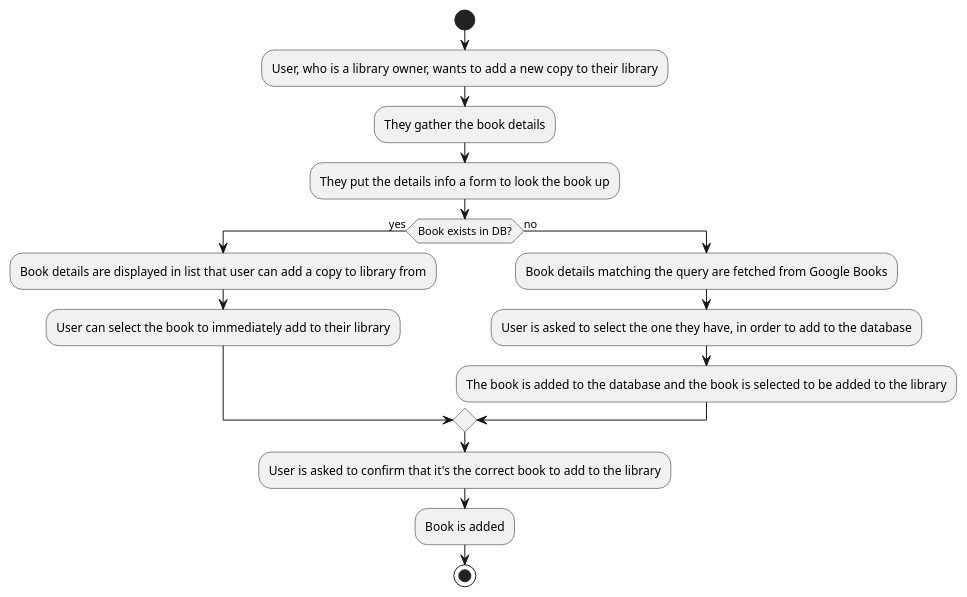
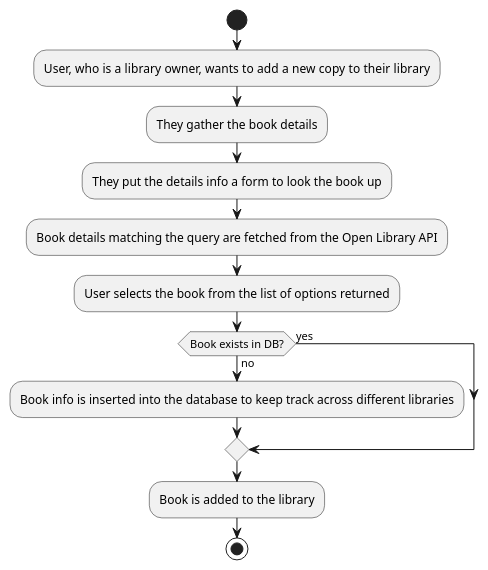
Before and after one commit to coyotiv-sose/graduation-project-mai-soup: the diagram in architecture/adding-a-book.puml, drawn with PlantUML.

Commit message:
update uml diagram for adding book

```diff
--- a/architecture/adding-a-book.puml
+++ b/architecture/adding-a-book.puml
@@ -1,17 +1,14 @@
 @startuml Adding a book
 start
 :User, who is a library owner, wants to add a new copy to their library;
 :They gather the book details;
 :They put the details info a form to look the book up;
+:Book details matching the query are fetched from the Open Library API;
+:User selects the book from the list of options returned;
 if (Book exists in DB?) then (yes)
-  :Book details are displayed in list that user can add a copy to library from;
-  :User can select the book to immediately add to their library;
 else (no)
-  :Book details matching the query are fetched from Google Books;
-  :User is asked to select the one they have, in order to add to the database;
-  :The book is added to the database and the book is selected to be added to the library;
+  :Book info is inserted into the database to keep track across different libraries;
 endif
-:User is asked to confirm that it's the correct book to add to the library;
-:Book is added;
+:Book is added to the library;
 stop
 @enduml
```
